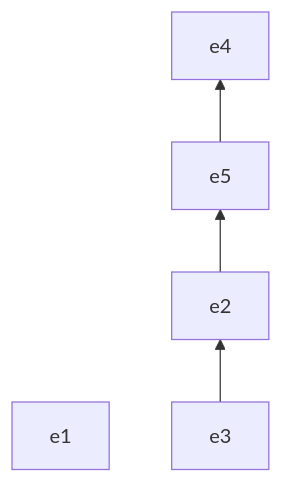
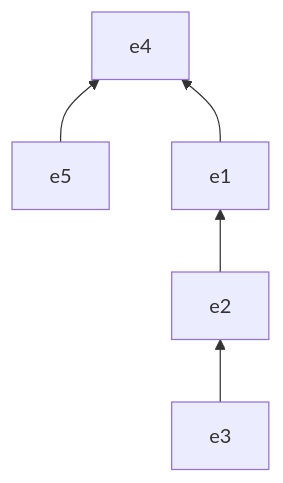
Before and after one commit to BeautifulTovarisch/Notes: the fourth of 4 diagrams in Penance/Computer Science/Basic Algorithms/Checking Component Connectedness.md, drawn with Mermaid. The commit also changed other lines of this file and 8 other files, not shown here.

````diff
--- a/Penance/Computer Science/Basic Algorithms/Checking Component Connectedness.md
+++ b/Penance/Computer Science/Basic Algorithms/Checking Component Connectedness.md
@@ -116,10 +116,11 @@
 ```mermaid
 graph BT
 	e1
 	e2
 	e3
 	e4
 	e5
 
-	e3-->e2-->e5-->e4
+	e5-->e4
+	e3-->e2-->e1-->e4
 ```
````
